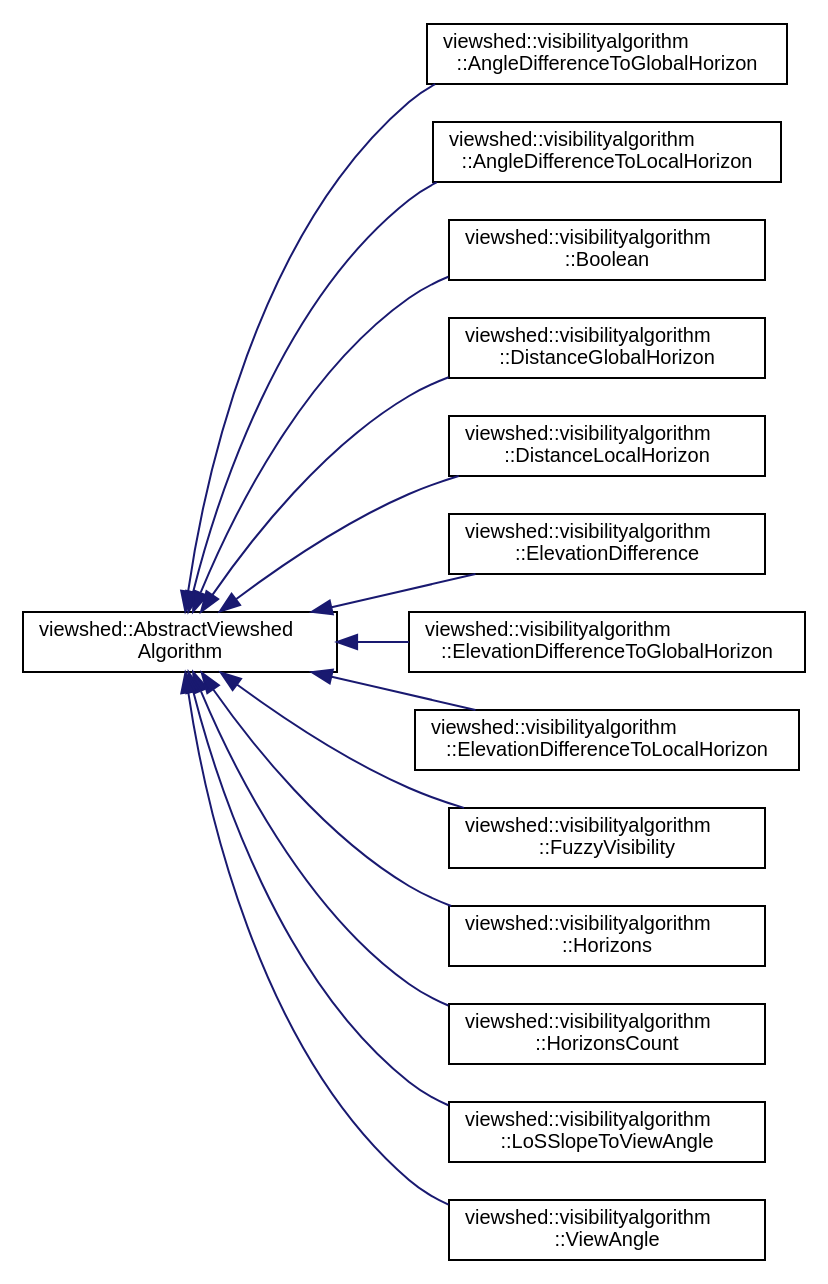
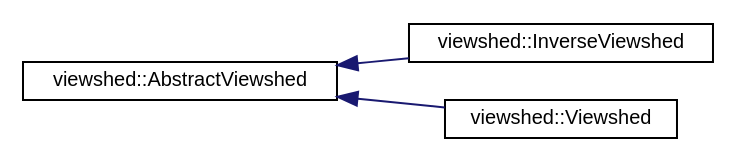
The diagram in inherit_graph_5.dot (JanCaha/cpp-viewshed-library), drawn with Graphviz before and after one commit. The commit also changed 167 other files, not shown here.

```diff
--- a/inherit_graph_5.dot
+++ b/inherit_graph_5.dot
@@ -1,34 +1,12 @@
 digraph "Graphical Class Hierarchy"
 {
  // LATEX_PDF_SIZE
   edge [fontname="Helvetica",fontsize="10",labelfontname="Helvetica",labelfontsize="10"];
   node [fontname="Helvetica",fontsize="10",shape=record];
   rankdir="LR";
-  Node0 [label="viewshed::AbstractViewshed\lAlgorithm",height=0.2,width=0.4,color="black", fillcolor="white", style="filled",URL="$classviewshed_1_1AbstractViewshedAlgorithm.html",tooltip="Base class for all Viewshed Algorithms."];
+  Node0 [label="viewshed::AbstractViewshed",height=0.2,width=0.4,color="black", fillcolor="white", style="filled",URL="$classviewshed_1_1AbstractViewshed.html",tooltip="Abstract class that represents viewshed calculation from this class specific implementations ( Viewsh..."];
   Node0 -> Node1 [dir="back",color="midnightblue",fontsize="10",style="solid",fontname="Helvetica"];
-  Node1 [label="viewshed::visibilityalgorithm\l::AngleDifferenceToGlobalHorizon",height=0.2,width=0.4,color="black", fillcolor="white", style="filled",URL="$classviewshed_1_1visibilityalgorithm_1_1AngleDifferenceToGlobalHorizon.html",tooltip=" "];
+  Node1 [label="viewshed::InverseViewshed",height=0.2,width=0.4,color="black", fillcolor="white", style="filled",URL="$classviewshed_1_1InverseViewshed.html",tooltip=" "];
   Node0 -> Node2 [dir="back",color="midnightblue",fontsize="10",style="solid",fontname="Helvetica"];
-  Node2 [label="viewshed::visibilityalgorithm\l::AngleDifferenceToLocalHorizon",height=0.2,width=0.4,color="black", fillcolor="white", style="filled",URL="$classviewshed_1_1visibilityalgorithm_1_1AngleDifferenceToLocalHorizon.html",tooltip=" "];
-  Node0 -> Node3 [dir="back",color="midnightblue",fontsize="10",style="solid",fontname="Helvetica"];
-  Node3 [label="viewshed::visibilityalgorithm\l::Boolean",height=0.2,width=0.4,color="black", fillcolor="white", style="filled",URL="$classviewshed_1_1visibilityalgorithm_1_1Boolean.html",tooltip=" "];
-  Node0 -> Node4 [dir="back",color="midnightblue",fontsize="10",style="solid",fontname="Helvetica"];
-  Node4 [label="viewshed::visibilityalgorithm\l::DistanceGlobalHorizon",height=0.2,width=0.4,color="black", fillcolor="white", style="filled",URL="$classviewshed_1_1visibilityalgorithm_1_1DistanceGlobalHorizon.html",tooltip=" "];
-  Node0 -> Node5 [dir="back",color="midnightblue",fontsize="10",style="solid",fontname="Helvetica"];
-  Node5 [label="viewshed::visibilityalgorithm\l::DistanceLocalHorizon",height=0.2,width=0.4,color="black", fillcolor="white", style="filled",URL="$classviewshed_1_1visibilityalgorithm_1_1DistanceLocalHorizon.html",tooltip=" "];
-  Node0 -> Node6 [dir="back",color="midnightblue",fontsize="10",style="solid",fontname="Helvetica"];
-  Node6 [label="viewshed::visibilityalgorithm\l::ElevationDifference",height=0.2,width=0.4,color="black", fillcolor="white", style="filled",URL="$classviewshed_1_1visibilityalgorithm_1_1ElevationDifference.html",tooltip=" "];
-  Node0 -> Node7 [dir="back",color="midnightblue",fontsize="10",style="solid",fontname="Helvetica"];
-  Node7 [label="viewshed::visibilityalgorithm\l::ElevationDifferenceToGlobalHorizon",height=0.2,width=0.4,color="black", fillcolor="white", style="filled",URL="$classviewshed_1_1visibilityalgorithm_1_1ElevationDifferenceToGlobalHorizon.html",tooltip=" "];
-  Node0 -> Node8 [dir="back",color="midnightblue",fontsize="10",style="solid",fontname="Helvetica"];
-  Node8 [label="viewshed::visibilityalgorithm\l::ElevationDifferenceToLocalHorizon",height=0.2,width=0.4,color="black", fillcolor="white", style="filled",URL="$classviewshed_1_1visibilityalgorithm_1_1ElevationDifferenceToLocalHorizon.html",tooltip=" "];
-  Node0 -> Node9 [dir="back",color="midnightblue",fontsize="10",style="solid",fontname="Helvetica"];
-  Node9 [label="viewshed::visibilityalgorithm\l::FuzzyVisibility",height=0.2,width=0.4,color="black", fillcolor="white", style="filled",URL="$classviewshed_1_1visibilityalgorithm_1_1FuzzyVisibility.html",tooltip=" "];
-  Node0 -> Node10 [dir="back",color="midnightblue",fontsize="10",style="solid",fontname="Helvetica"];
-  Node10 [label="viewshed::visibilityalgorithm\l::Horizons",height=0.2,width=0.4,color="black", fillcolor="white", style="filled",URL="$classviewshed_1_1visibilityalgorithm_1_1Horizons.html",tooltip=" "];
-  Node0 -> Node11 [dir="back",color="midnightblue",fontsize="10",style="solid",fontname="Helvetica"];
-  Node11 [label="viewshed::visibilityalgorithm\l::HorizonsCount",height=0.2,width=0.4,color="black", fillcolor="white", style="filled",URL="$classviewshed_1_1visibilityalgorithm_1_1HorizonsCount.html",tooltip=" "];
-  Node0 -> Node12 [dir="back",color="midnightblue",fontsize="10",style="solid",fontname="Helvetica"];
-  Node12 [label="viewshed::visibilityalgorithm\l::LoSSlopeToViewAngle",height=0.2,width=0.4,color="black", fillcolor="white", style="filled",URL="$classviewshed_1_1visibilityalgorithm_1_1LoSSlopeToViewAngle.html",tooltip=" "];
-  Node0 -> Node13 [dir="back",color="midnightblue",fontsize="10",style="solid",fontname="Helvetica"];
-  Node13 [label="viewshed::visibilityalgorithm\l::ViewAngle",height=0.2,width=0.4,color="black", fillcolor="white", style="filled",URL="$classviewshed_1_1visibilityalgorithm_1_1ViewAngle.html",tooltip=" "];
+  Node2 [label="viewshed::Viewshed",height=0.2,width=0.4,color="black", fillcolor="white", style="filled",URL="$classviewshed_1_1Viewshed.html",tooltip=" "];
 }
```
